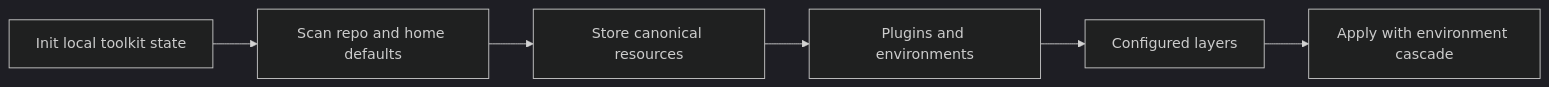
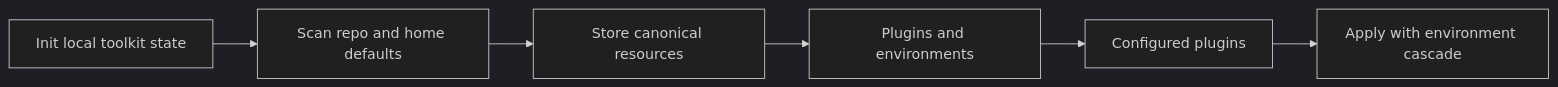
The third of 3 diagrams in README.md (harnesstap/harnesstap), drawn with Mermaid (dark theme) before and after one commit. The commit also changed other lines of this file and 69 other files, not shown here.

````diff
--- a/README.md
+++ b/README.md
@@ -292,8 +292,8 @@
 ```mermaid
 flowchart LR
   A[Init local toolkit state] --> B[Scan repo and home defaults]
   B --> C[Store canonical resources]
   C --> D[Plugins and environments]
-  D --> E[Configured layers]
+  D --> E[Configured plugins]
   E --> F[Apply with environment cascade]
 ```
````
